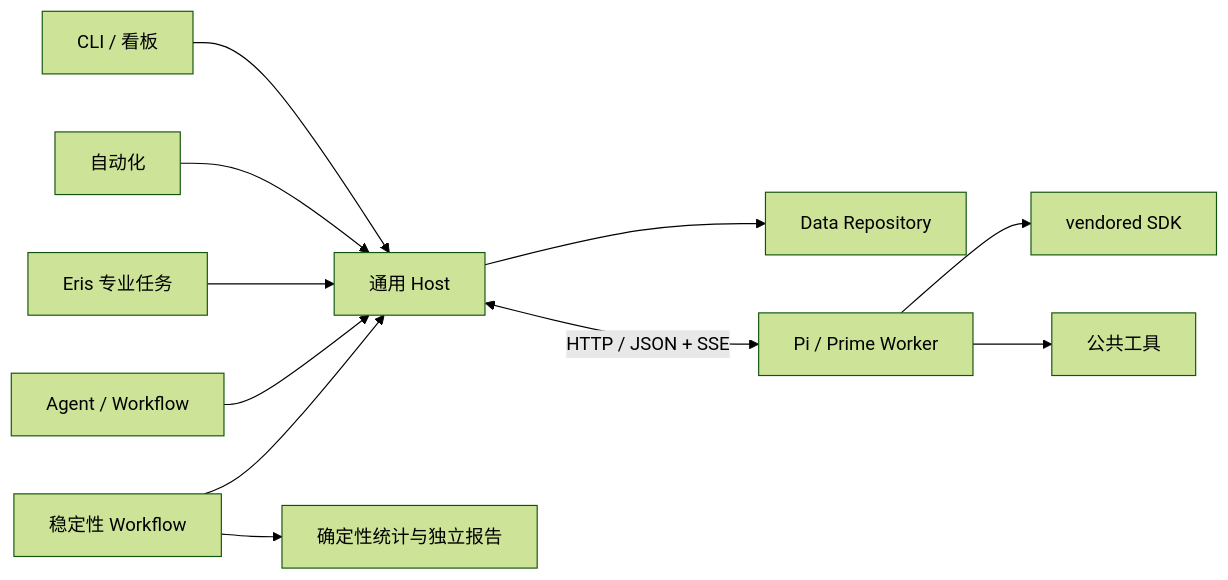
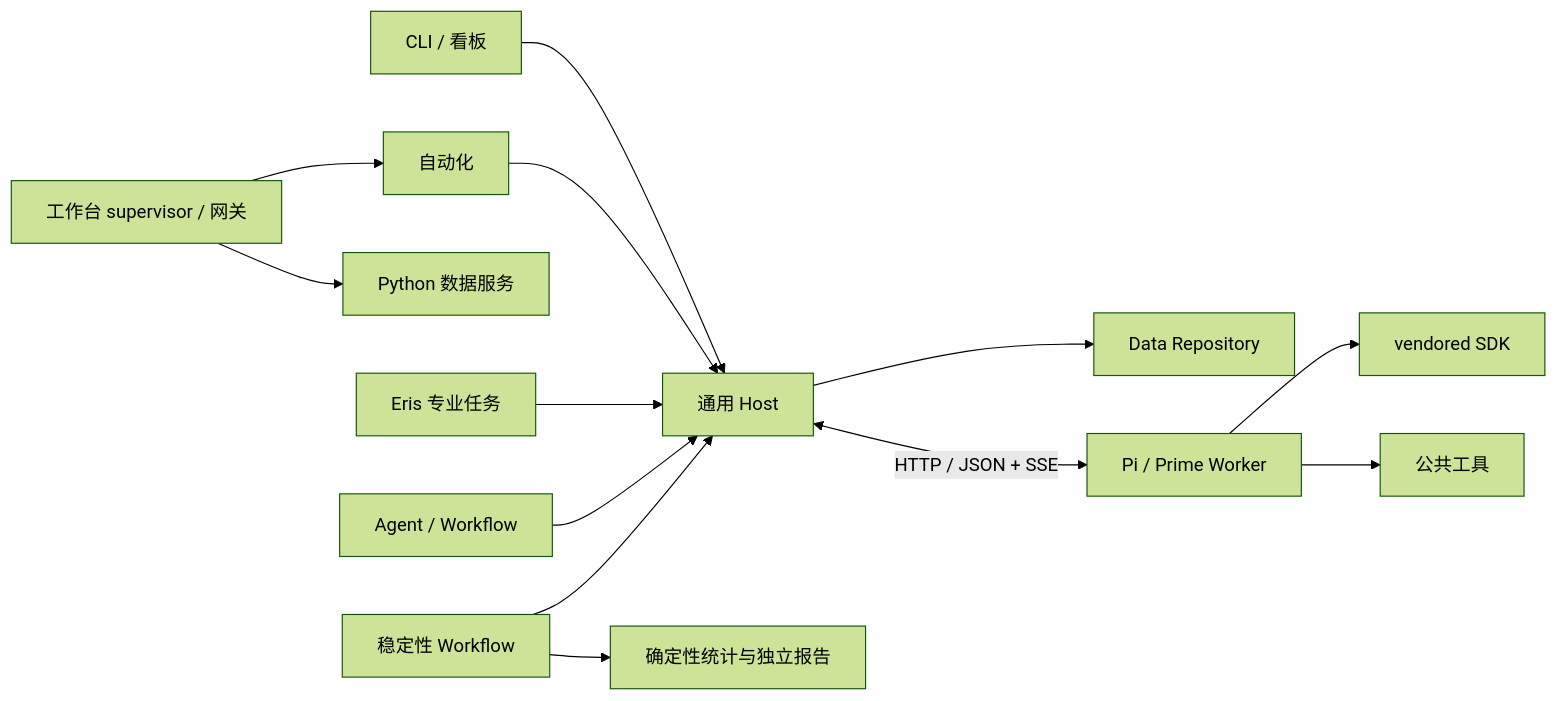
One commit to cmy-hhxx/agent_eval_harness changed the diagram in docs/architecture.md. Above: the diagram before and after it, drawn with Mermaid (forest theme). The commit also changed other lines of this file and 79 other files, not shown here.

Commit message:
feat(workbench): unify remote data and runtime services

````diff
--- a/docs/architecture.md
+++ b/docs/architecture.md
@@ -9,13 +9,15 @@
 ```mermaid
 flowchart LR
   CLI[CLI / 看板] --> Host[通用 Host]
   Automation[自动化] --> Host
+Workbench[工作台 supervisor / 网关] --> Automation
+Workbench --> DataService[Python 数据服务]
   Eris[Eris 专业任务] --> Host
   Definitions[Agent / Workflow] --> Host
   Validation[稳定性 Workflow] --> Host
   Validation --> Statistics[确定性统计与独立报告]
   Host --> Data[Data Repository]
   Host <-->|HTTP / JSON + SSE| Worker[Pi / Prime Worker]
   Worker --> SDK[vendored SDK]
   Worker --> Tools[公共工具]
 ```
````
